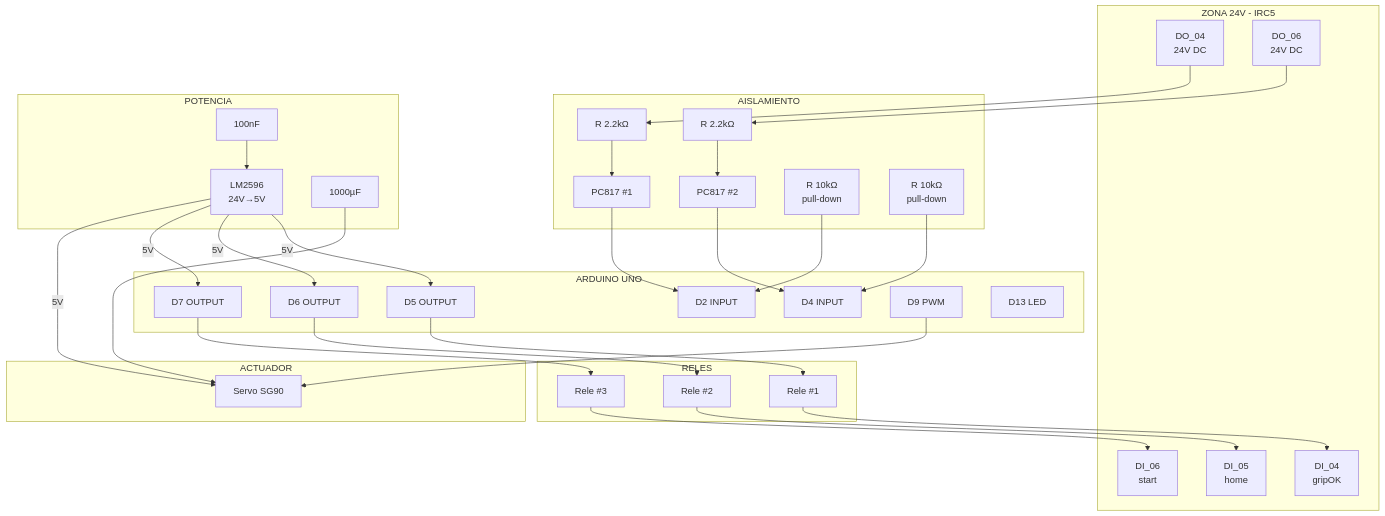
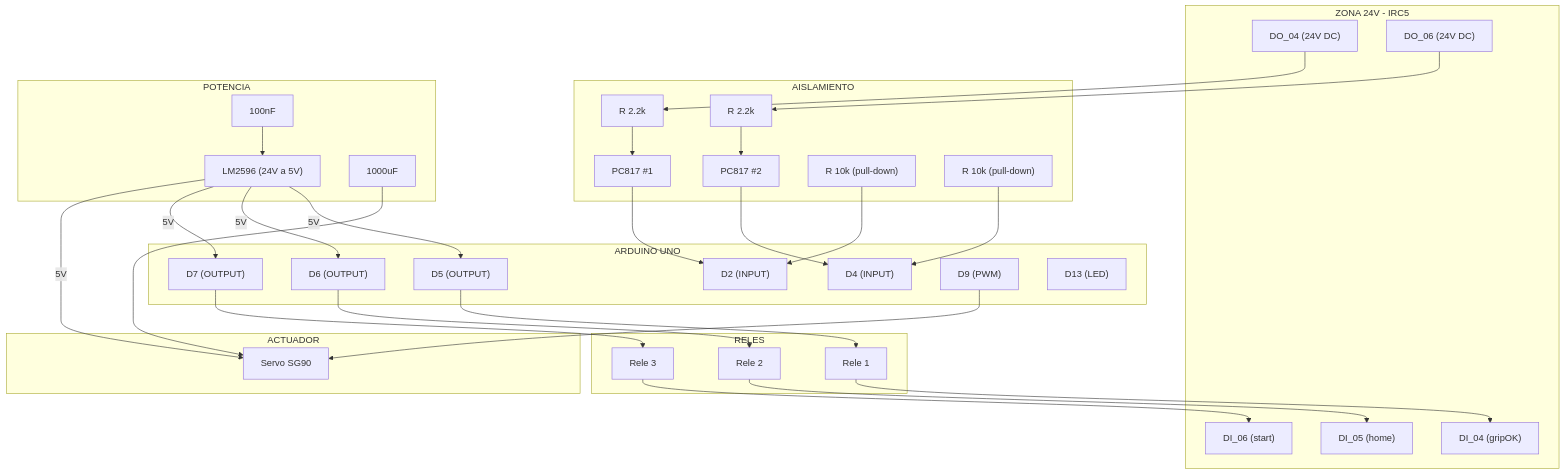
The second of 9 diagrams in Proyecto Final/README.md (labsir-un/Robotica-2026-I-Equipo-2E-Mora-Pacheco-Pinilla), drawn with Mermaid before and after one commit.

Commit message:
fix: corregir diagrama Mermaid de conexionado que no renderizaba
- Reemplazar caracteres especiales: Ω, µ, br/, → por texto plano

- Nombres de subgrafos sin comillas para evitar conflicto

- Formato de nodos simplificado

````diff
--- a/Proyecto Final/README.md
+++ b/Proyecto Final/README.md
@@ -315,62 +315,62 @@
 ```mermaid
 graph TB
-    subgraph "ZONA 24V - IRC5"
-        DO04[DO_04<br/>24V DC]
-        DO06[DO_06<br/>24V DC]
-        DI04_IRC[DI_04<br/>gripOK]
-        DI05_IRC[DI_05<br/>home]
-        DI06_IRC[DI_06<br/>start]
+    subgraph IRC5["ZONA 24V - IRC5"]
+        DO04["DO_04 (24V DC)"]
+        DO06["DO_06 (24V DC)"]
+        DI04_IRC["DI_04 (gripOK)"]
+        DI05_IRC["DI_05 (home)"]
+        DI06_IRC["DI_06 (start)"]
     end
 
-    subgraph "AISLAMIENTO"
-        R1[R 2.2kΩ]
-        R2[R 2.2kΩ]
-        PC1[PC817 #1]
-        PC2[PC817 #2]
-        PD1[R 10kΩ<br/>pull-down]
-        PD2[R 10kΩ<br/>pull-down]
+    subgraph AISLAMIENTO["AISLAMIENTO"]
+        R1["R 2.2k"]
+        R2["R 2.2k"]
+        PC1["PC817 #1"]
+        PC2["PC817 #2"]
+        PD1["R 10k (pull-down)"]
+        PD2["R 10k (pull-down)"]
     end
 
-    subgraph "POTENCIA"
-        LM[LM2596<br/>24V→5V]
-        C1[1000µF]
-        C2[100nF]
+    subgraph POTENCIA["POTENCIA"]
+        LM["LM2596 (24V a 5V)"]
+        C1["1000uF"]
+        C2["100nF"]
     end
 
-    subgraph "ARDUINO UNO"
-        D2[D2 INPUT]
-        D4[D4 INPUT]
-        D5[D5 OUTPUT]
-        D6[D6 OUTPUT]
-        D7[D7 OUTPUT]
-        D9[D9 PWM]
-        D13[D13 LED]
+    subgraph ARDUINO["ARDUINO UNO"]
+        D2["D2 (INPUT)"]
+        D4["D4 (INPUT)"]
+        D5["D5 (OUTPUT)"]
+        D6["D6 (OUTPUT)"]
+        D7["D7 (OUTPUT)"]
+        D9["D9 (PWM)"]
+        D13["D13 (LED)"]
     end
 
-    subgraph "RELES"
-        REL1[Rele #1]
-        REL2[Rele #2]
-        REL3[Rele #3]
+    subgraph RELES["RELES"]
+        REL1["Rele 1"]
+        REL2["Rele 2"]
+        REL3["Rele 3"]
     end
 
-    subgraph "ACTUADOR"
-        SG90[Servo SG90]
+    subgraph ACTUADOR["ACTUADOR"]
+        SG90["Servo SG90"]
     end
 
     DO04 --> R1 --> PC1 --> D2
     DO06 --> R2 --> PC2 --> D4
     PD1 --> D2
     PD2 --> D4
-    
+
     LM -->|5V| D5
     LM -->|5V| D6
     LM -->|5V| D7
     LM -->|5V| SG90
     C1 --> SG90
     C2 --> LM
-    
+
     D5 --> REL1 --> DI04_IRC
     D6 --> REL2 --> DI05_IRC
     D7 --> REL3 --> DI06_IRC
     D9 --> SG90
 ```
````
